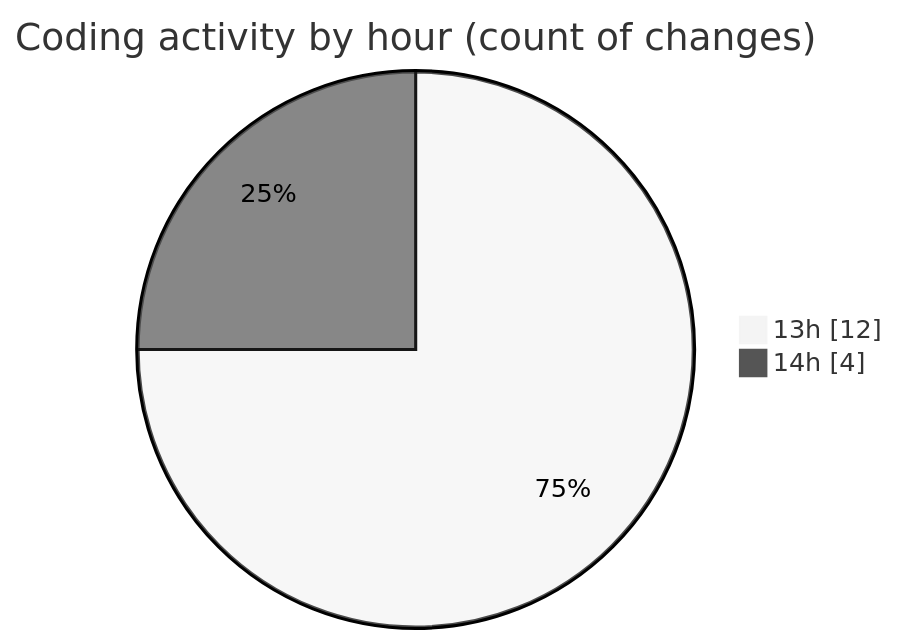
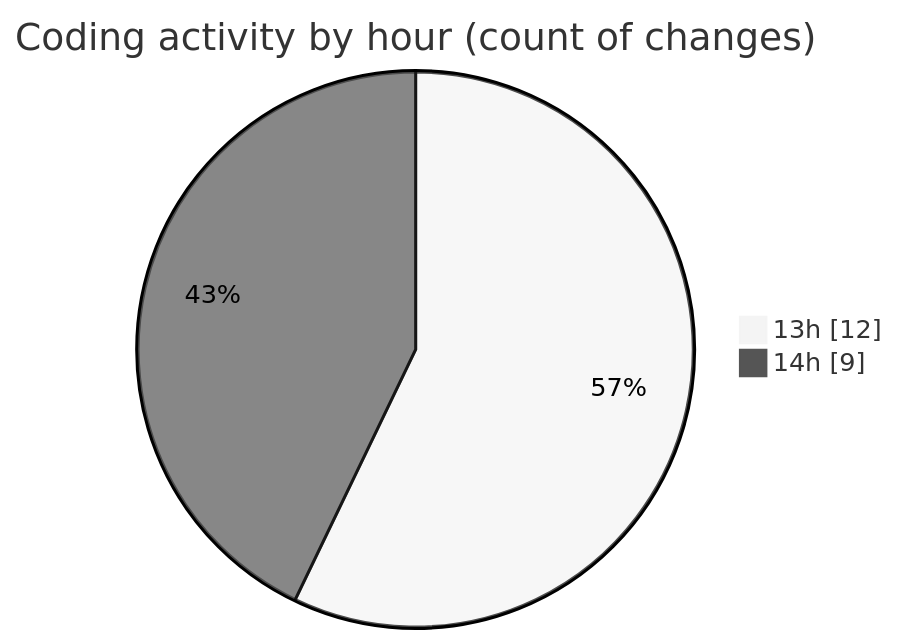
Before and after one commit to charlie-sans/code-tracking: the second of 2 diagrams in 2025-03-15/sharpmasm/README.md, drawn with Mermaid (neutral theme). The commit also changed other lines of this file and 1 other file, not shown here.

````diff
--- a/2025-03-15/sharpmasm/README.md
+++ b/2025-03-15/sharpmasm/README.md
@@ -32,6 +36,6 @@
 ```mermaid
 pie showData
 title Coding activity by hour (count of changes)
 "13h" : 12
-"14h" : 4
+"14h" : 9
 ```
````
